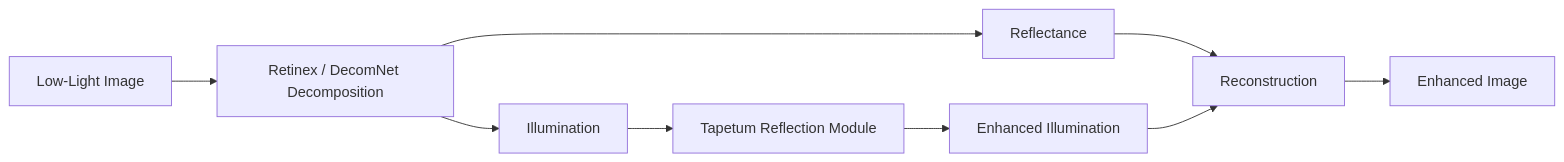
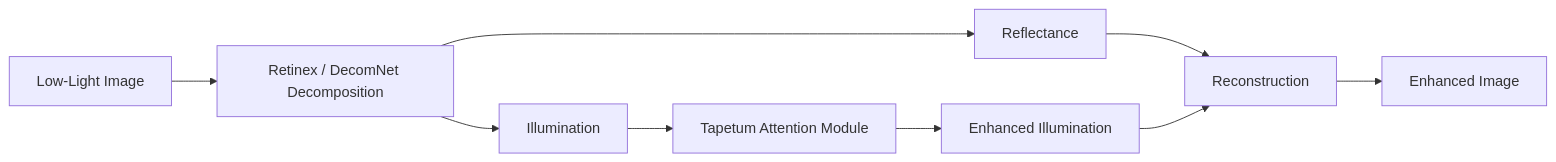
Diagram 18 of 18 in README.md (muratdelen/TAPETUM), drawn with Mermaid before and after one commit.

````diff
--- a/README.md
+++ b/README.md
@@ -956,15 +956,15 @@
 ```mermaid
 flowchart LR
 
 A["Low-Light Image"] --> B["Retinex / DecomNet Decomposition"]
 B --> C["Reflectance"]
 B --> D["Illumination"]
 
-D --> E["Tapetum Reflection Module"]
+D --> E["Tapetum Attention Module"]
 E --> F["Enhanced Illumination"]
 
 C --> G["Reconstruction"]
 F --> G
 
 G --> H["Enhanced Image"]
 ```
````
